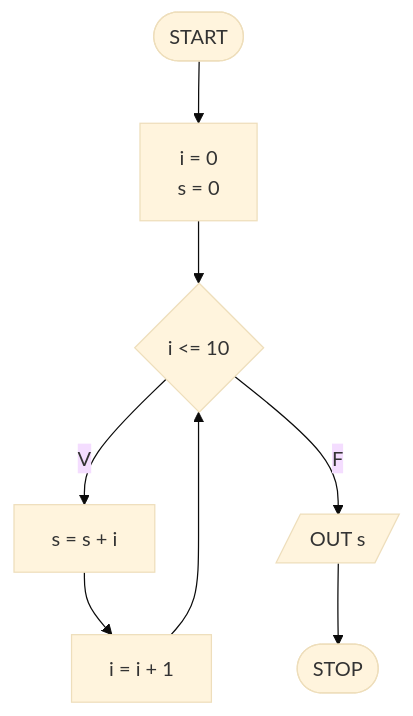
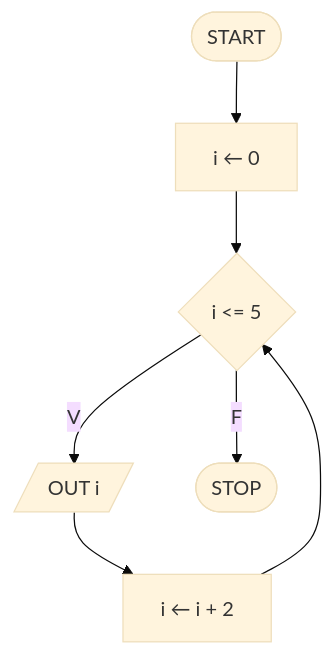
Diagram 18 of 28 in flowcharts_soluzioni.md (pg-laboratorio/flowcharts_laboratorio_esercizi), drawn with Mermaid (base theme) before and after one commit. The commit also changed other lines of this file, not shown here.

````diff
--- a/flowcharts_soluzioni.md
+++ b/flowcharts_soluzioni.md
@@ -330,11 +373,9 @@
 ```mermaid
 graph TD
-    START([START]) --> INIT["i = 0<br>s = 0"]
-    INIT --> COND{"i <= 10"}
-    COND -- V --> PROCESS[s = s + i]
-    PROCESS --> INC[i = i + 1]
+    START([START]) --> INIT["i ← 0"]
+    INIT --> COND{"i <= 5"}
+    COND -- V --> OUTPUT[/"OUT i"/]
+    OUTPUT --> INC["i ← i + 2"]
     INC --> COND
-    COND -- F --> OUTPUT[/OUT s/]
-    OUTPUT --> STOP([STOP])
-
+    COND -- F --> STOP([STOP])
 ```
````
